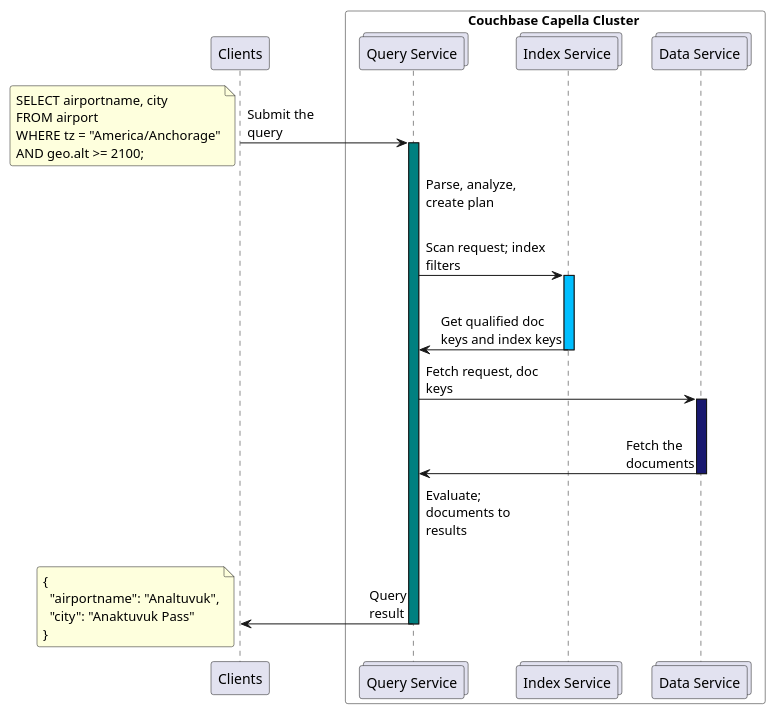
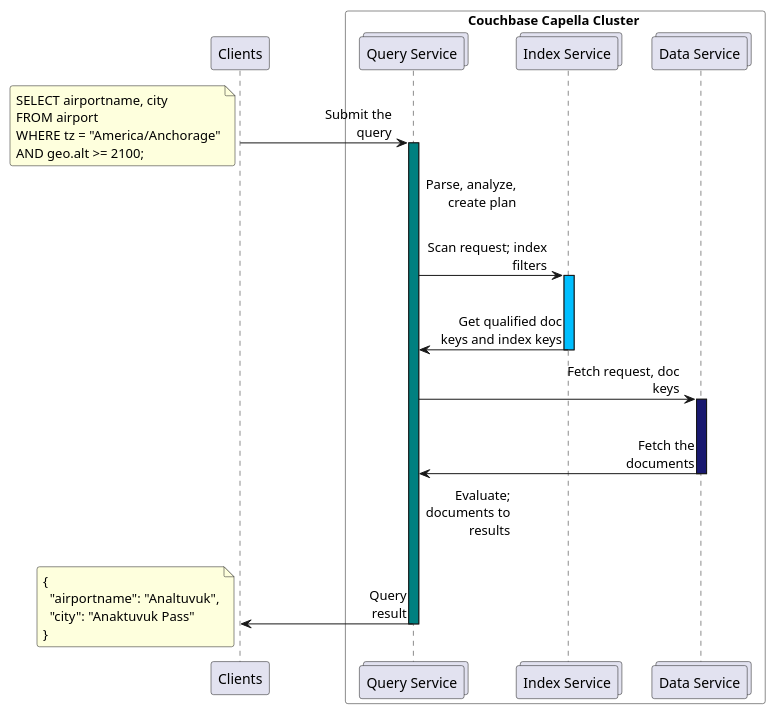
One commit to couchbaselabs/docs-devex changed the diagram in modules/indexes/partials/diagrams/query-execution.puml. Above: the diagram before and after it, drawn with PlantUML.

Commit message:
[DOC-14047]: Feedback on Covering Indexes | Couchbase Docs (#606)
The NPE problem is caused by the inclusion of the line:

`skinparam sequenceMessageAlign direction`

This is a known bug in PlantUML:

https://github.com/plantuml/plantuml/issues/2477

which has been fixed, but Kroki needs to have its PlantUML module upgraded to implement the fix.

In the meantime, the line has been changed to align the text to the `right` which seems to work.

```diff
--- a/modules/indexes/partials/diagrams/query-execution.puml
+++ b/modules/indexes/partials/diagrams/query-execution.puml
@@ -1,63 +1,63 @@
 @startuml query_execution
 
 skinparam maxMessageSize 125
 skinparam roundcorner 5
 skinparam responseMessageBelowArrow true
-skinparam sequenceMessageAlign direction
+skinparam sequenceMessageAlign right
 skinparam ParticipantPadding 10
 skinparam BoxPadding 60
 skinparam box {
 BackgroundColor PaleGreen
 ArrowColor SeaGreen
 BorderColor SpringGreen
 }
 
 participant Clients
 
 box Couchbase Capella Cluster #White
 collections "Query Service" as Query
 collections "Index Service" as Index
 collections "Data Service" as Data
 end box
 
 Clients -> Query: Submit the\nquery
 activate Query #teal
 ' tag::example[]
 note left
   SELECT airportname, city
   FROM airport
   WHERE tz = "America/Anchorage"
   AND geo.alt >= 2100;
 end note
 ' end::example[]
 
 Query -[#transparent]-> Query: Parse, analyze, create plan
 
 Query -> Index: Scan request; index filters
 activate Index #deepskyblue
 |||
 Index -> Query: Get qualified doc keys and index keys
 deactivate Index
 
 ' tag::fetch[]
 Query -> Data: Fetch request, doc keys
 activate Data #midnightblue
 |||
 Data -> Query: Fetch the\ndocuments
 deactivate Data
 ' end::fetch[]
 
 Query -[#transparent]> Query: Evaluate; documents to results
 
 Query -> Clients: Query\nresult
 deactivate Query
 ' tag::example[]
 note left
   {
     "airportname": "Analtuvuk",
     "city": "Anaktuvuk Pass"
   }
 end note
 ' end::example[]
 
 @enduml
```
